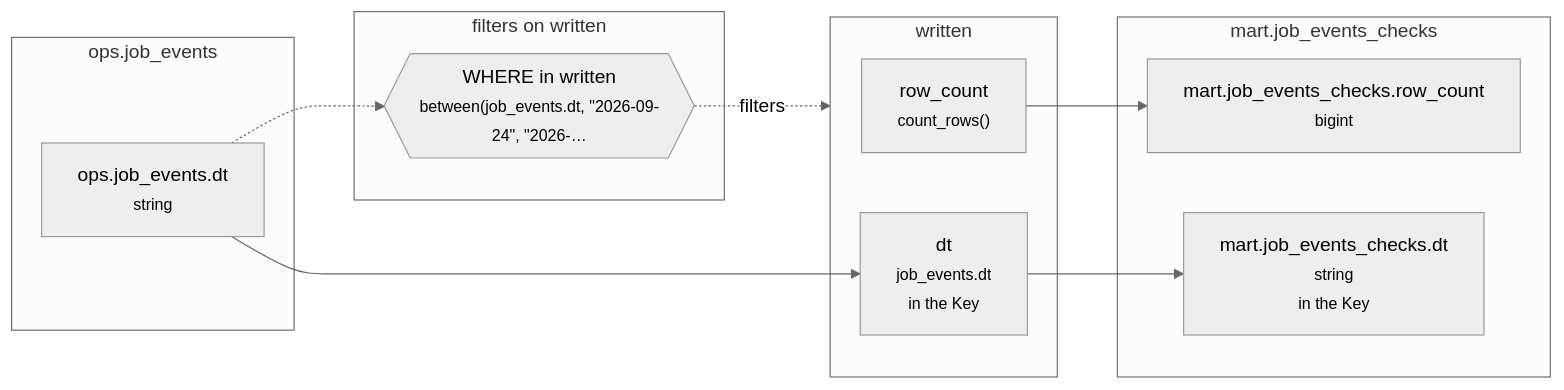
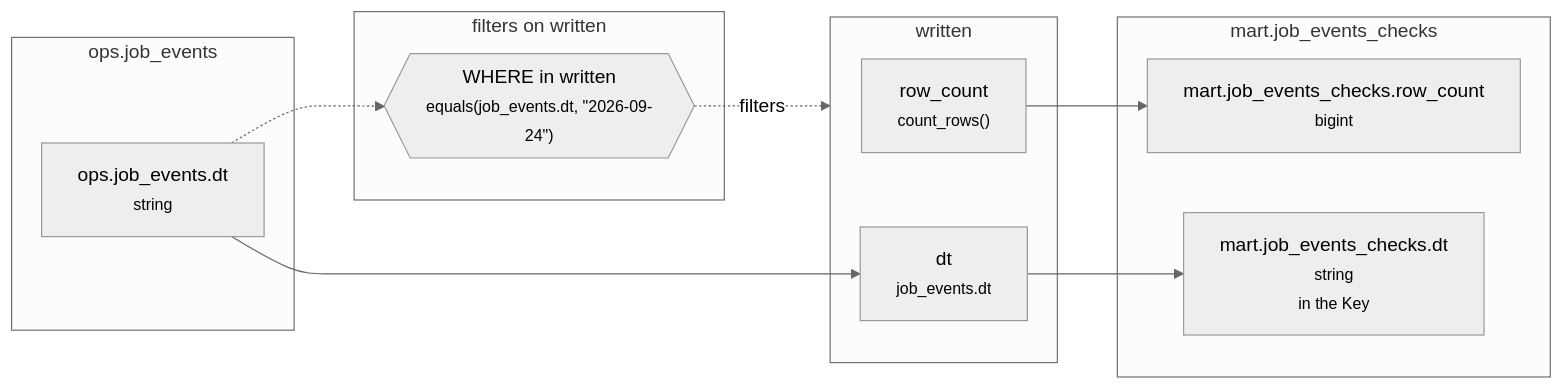
Before and after one commit to EdgyPage/SQL-Composer: the diagram in example_projects/intermediate/tables/mart__job_events_checks/lineage/20260925-060000-mart__job_events_checks.md, drawn with Mermaid (neutral theme). The commit also changed other lines of this file and 99 other files, not shown here.

````diff
--- a/example_projects/intermediate/tables/mart__job_events_checks/lineage/20260925-060000-mart__job_events_checks.md
+++ b/example_projects/intermediate/tables/mart__job_events_checks/lineage/20260925-060000-mart__job_events_checks.md
@@ -7,22 +7,22 @@
 ```mermaid
 flowchart LR
   subgraph g0["written"]
     n0["row_count<br/><small>count_rows()</small>"]
-    n2["dt<br/><small>job_events.dt</small><br/><small>in the Key</small>"]
+    n2["dt<br/><small>job_events.dt</small>"]
   end
   subgraph g1["ops.job_events"]
     n1["ops.job_events.dt<br/><small>string</small>"]
   end
   subgraph g2["filters on written"]
-    n3{{"WHERE in written<br/><small>between(job_events.dt, #quot;2026-09-24#quot;, #quot;2026-…</small>"}}
+    n3{{"WHERE in written<br/><small>equals(job_events.dt, #quot;2026-09-24#quot;)</small>"}}
   end
   subgraph g3["mart.job_events_checks"]
     n4["mart.job_events_checks.row_count<br/><small>bigint</small>"]
     n5["mart.job_events_checks.dt<br/><small>string</small><br/><small>in the Key</small>"]
   end
   n1 --> n2
   n1 -.-> n3
   n0 --> n4
   n2 --> n5
   n3 -.->|filters| g0
 ```
````
